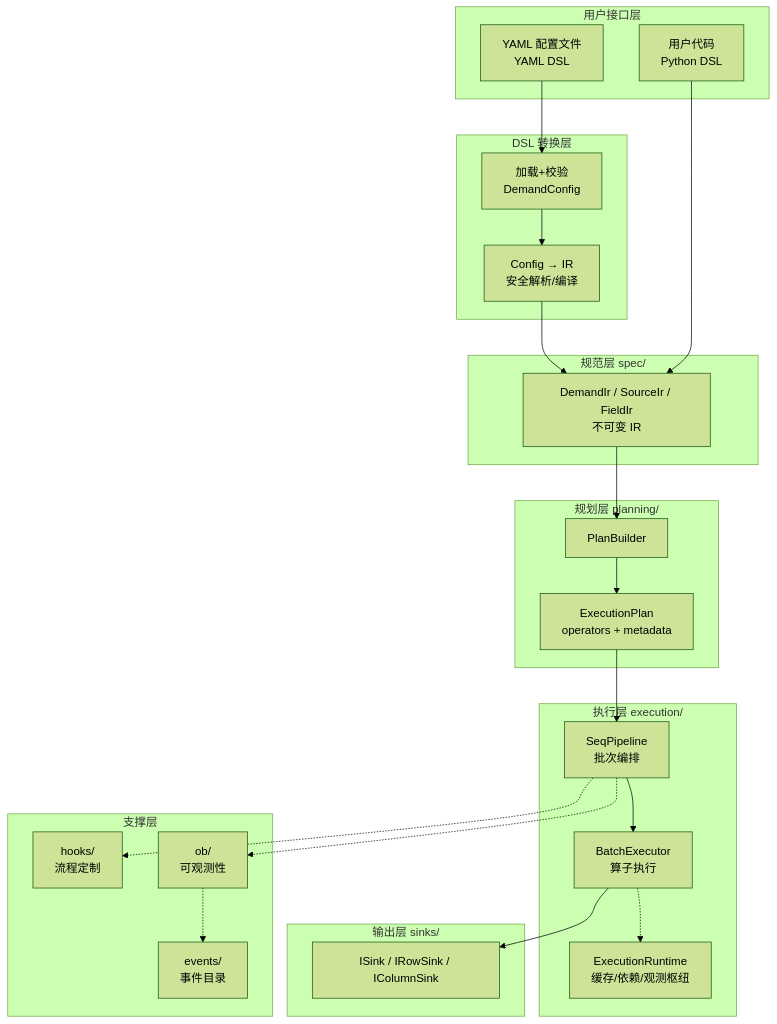
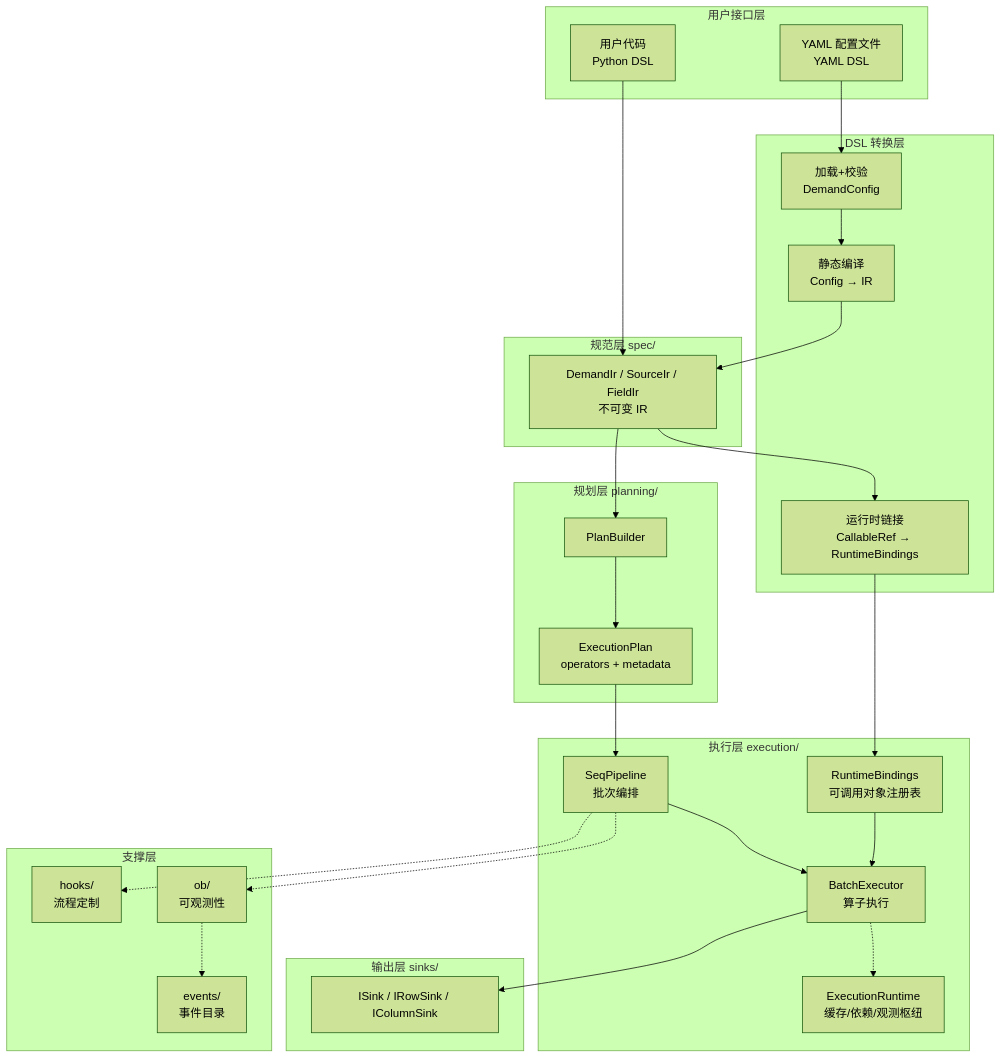
Before and after one commit to StrayDragon/scalim: the first of 9 diagrams in docs/doc/architecture/arch.md, drawn with Mermaid (forest theme). The commit also changed other lines of this file and 5 other files, not shown here.

Commit message:
docs: sync yaml-dsl docs with runtime linking

````diff
--- a/docs/doc/architecture/arch.md
+++ b/docs/doc/architecture/arch.md
@@ -33,48 +34,52 @@
 ```mermaid
 flowchart TD
   subgraph UI[用户接口层]
     USER_CODE[用户代码<br/>Python DSL]
     YAML_DSL[YAML 配置文件<br/>YAML DSL]
   end
 
   subgraph DSL[DSL 转换层]
     YAML_LOADER[加载+校验<br/>DemandConfig]
-    CONVERTER[Config → IR<br/>安全解析/编译]
+    FRONTEND[静态编译<br/>Config → IR]
+    LINK[运行时链接<br/>CallableRef → RuntimeBindings]
   end
 
   subgraph SPEC[规范层 spec/]
     IR[DemandIr / SourceIr / FieldIr<br/>不可变 IR]
   end
 
   subgraph PLAN[规划层 planning/]
     PB[PlanBuilder]
     EP[ExecutionPlan<br/>operators + metadata]
   end
 
   subgraph EXEC[执行层 execution/]
+    RB[RuntimeBindings<br/>可调用对象注册表]
     PIPE[SeqPipeline<br/>批次编排]
     BE[BatchExecutor<br/>算子执行]
     RT[ExecutionRuntime<br/>缓存/依赖/观测枢纽]
   end
 
   subgraph IO[输出层 sinks/]
     SINK[ISink / IRowSink / IColumnSink]
   end
 
   subgraph SUPPORT[支撑层]
     HOOKS[hooks/<br/>流程定制]
     OB[ob/<br/>可观测性]
     EVENTS[events/<br/>事件目录]
   end
 
   USER_CODE --> IR
-  YAML_DSL --> YAML_LOADER --> CONVERTER --> IR
+  YAML_DSL --> YAML_LOADER --> FRONTEND --> IR
+  IR --> LINK --> RB
   IR --> PB --> EP
   EP --> PIPE --> BE
+  RB --> BE
   BE --> SINK
 
   PIPE -.-> HOOKS
   PIPE -.-> OB
   OB -.-> EVENTS
   BE -.-> RT
 ```
````
